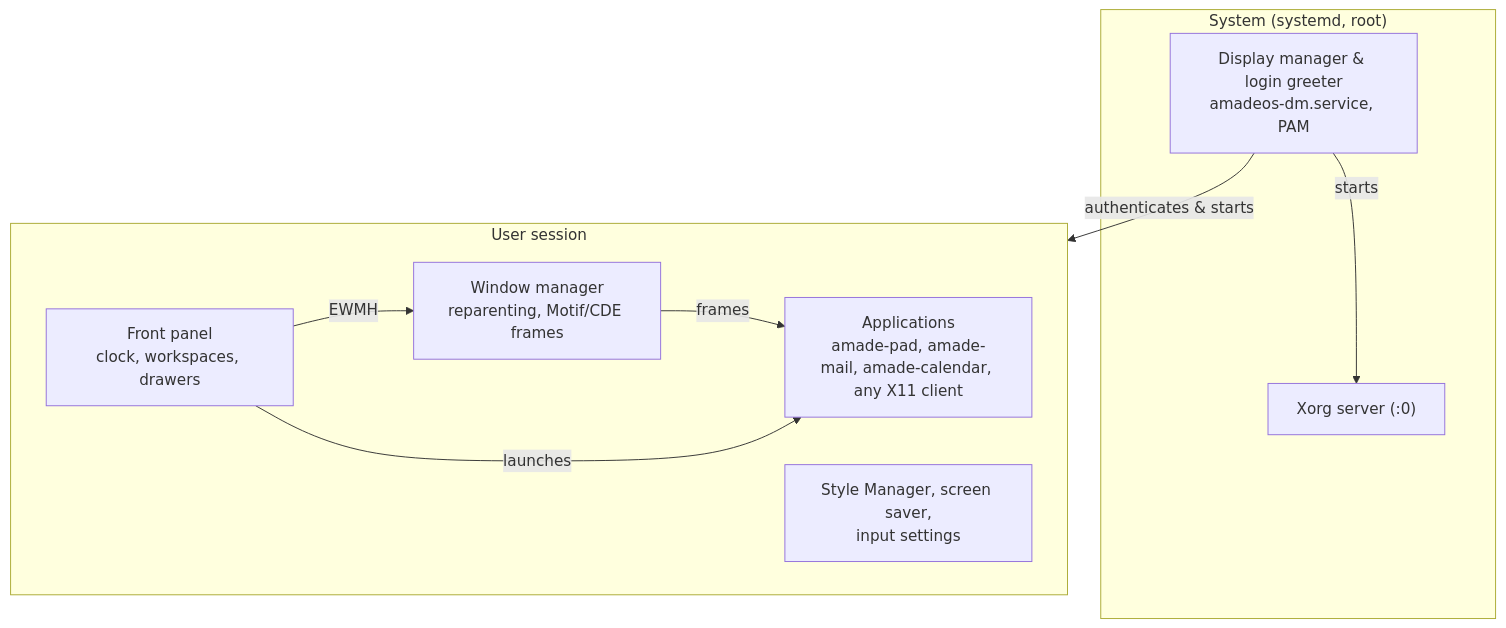
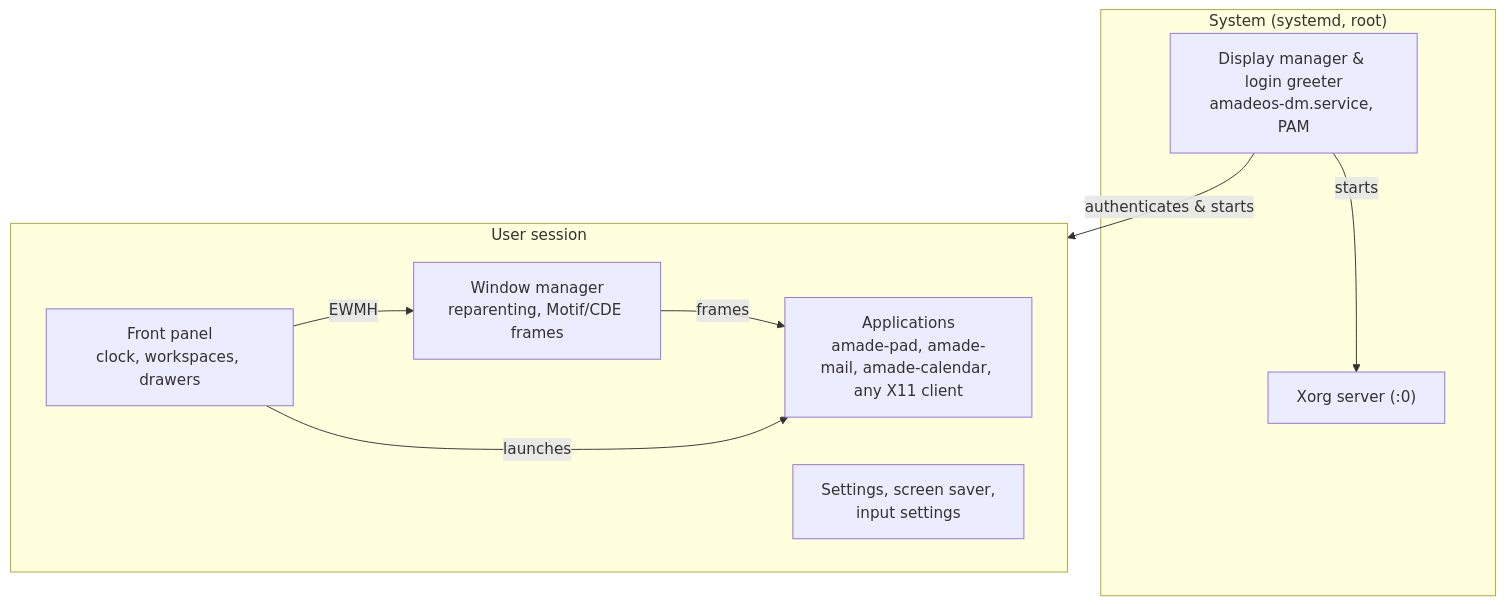
Before and after one commit to amadeos-eu/amadeos: the diagram in README.md, drawn with Mermaid. The commit also changed other lines of this file and 7 other files, not shown here.

First line of the commit message:
Image: the Style Manager is now amadeos-settings

````diff
--- a/README.md
+++ b/README.md
@@ -53,18 +53,18 @@
 ```mermaid
 flowchart TD
     subgraph System ["System (systemd, root)"]
         DM["Display manager & login greeter<br>amadeos-dm.service, PAM"]
         Xorg["Xorg server (:0)"]
     end
     subgraph Session ["User session"]
         WM["Window manager<br>reparenting, Motif/CDE frames"]
         Panel["Front panel<br>clock, workspaces, drawers"]
-        Tools["Style Manager, screen saver,<br>input settings"]
+        Tools["Settings, screen saver,<br>input settings"]
         Apps["Applications<br>amade-pad, amade-mail, amade-calendar, any X11 client"]
     end
     DM -->|starts| Xorg
     DM -->|authenticates & starts| Session
     WM -->|frames| Apps
     Panel -->|EWMH| WM
     Panel -->|launches| Apps
 ```
````
